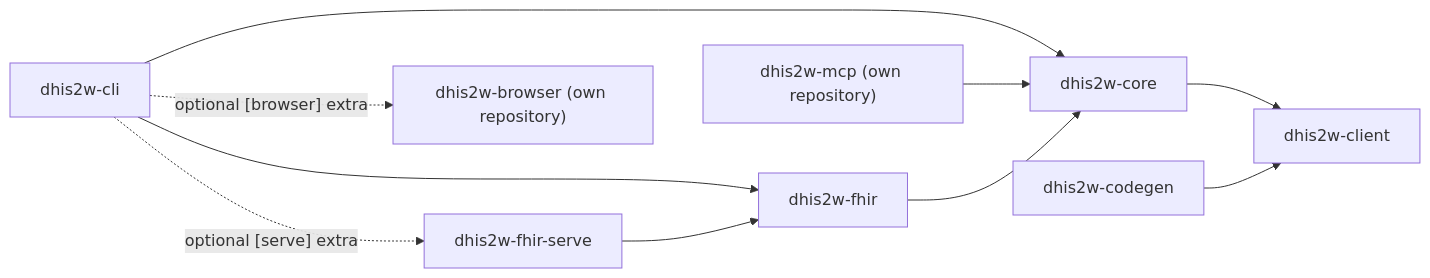
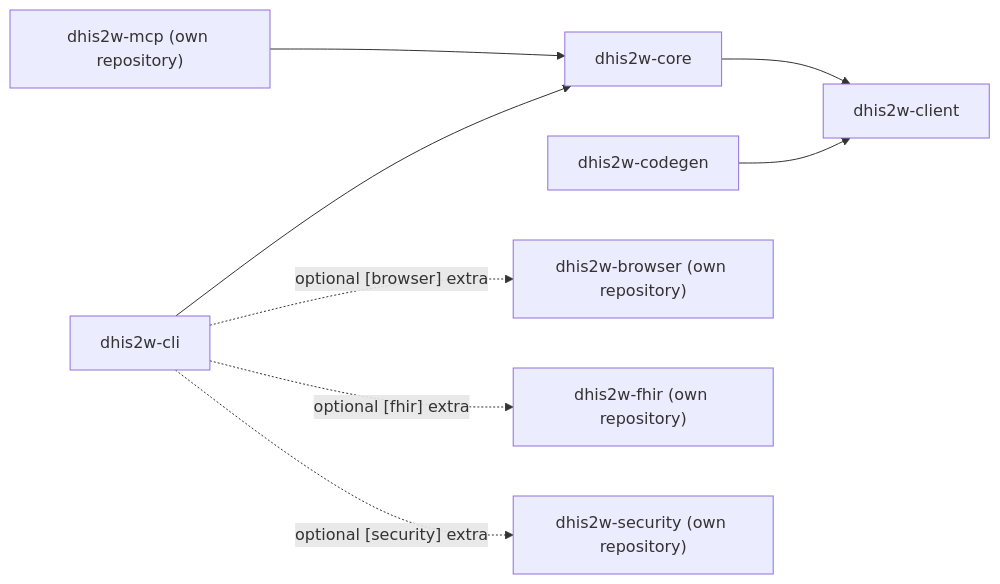
One commit to winterop-com/dhis2w changed the diagram in docs/architecture/overview.md. Above: the diagram before and after it, drawn with Mermaid. The commit also changed other lines of this file and 2293 other files, not shown here.

````diff
--- a/docs/architecture/overview.md
+++ b/docs/architecture/overview.md
@@ -52,20 +50,16 @@
 ```mermaid
 graph LR
     cli["dhis2w-cli"]
     mcp["dhis2w-mcp (own repository)"]
     core["dhis2w-core"]
     codegen["dhis2w-codegen"]
     client["dhis2w-client"]
-    fhir["dhis2w-fhir"]
-    fhirserve["dhis2w-fhir-serve"]
 
     cli --> core
     mcp --> core
-    cli --> fhir
-    fhir --> core
-    fhirserve --> fhir
     core --> client
     codegen --> client
     cli -.->|"optional [browser] extra"| browser["dhis2w-browser (own repository)"]
-    cli -.->|"optional [serve] extra"| fhirserve
+    cli -.->|"optional [fhir] extra"| fhir["dhis2w-fhir (own repository)"]
+    cli -.->|"optional [security] extra"| security["dhis2w-security (own repository)"]
 ```
````
